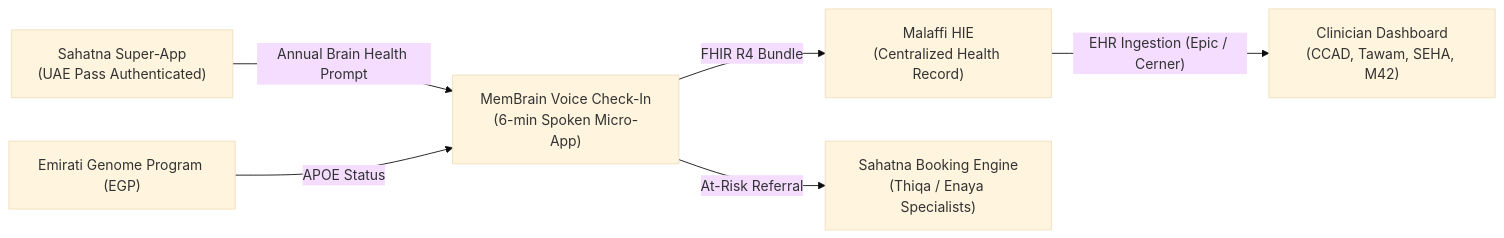
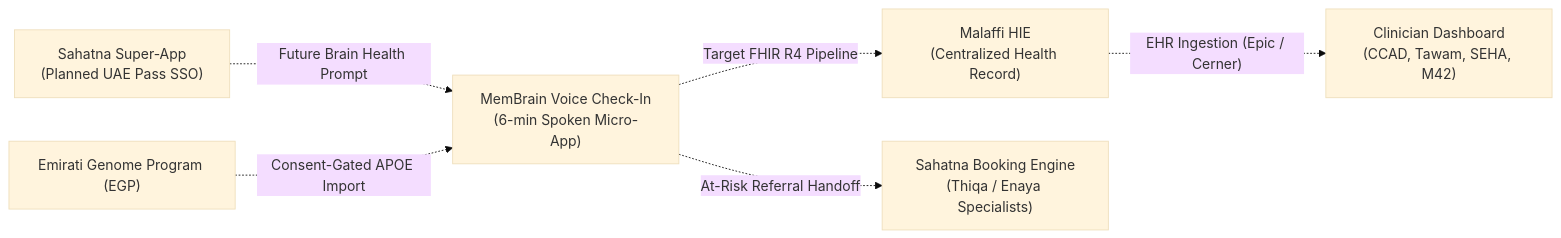
Before and after one commit to teamcerebrospark/membrain: the second of 2 diagrams in README.md, drawn with Mermaid (base theme). The commit also changed other lines of this file, not shown here.

Commit message:
docs: reframe Sahatna and Malaffi integration as a forward-looking roadmap vision

````diff
--- a/README.md
+++ b/README.md
@@ -106,8 +109,8 @@
 ```mermaid
 flowchart LR
-    A["Sahatna Super-App<br>(UAE Pass Authenticated)"] -->|"Annual Brain Health Prompt"| B["MemBrain Voice Check-In<br>(6-min Spoken Micro-App)"]
-    B -->|"FHIR R4 Bundle"| C["Malaffi HIE<br>(Centralized Health Record)"]
-    C -->|"EHR Ingestion (Epic / Cerner)"| D["Clinician Dashboard<br>(CCAD, Tawam, SEHA, M42)"]
-    B -->|"At-Risk Referral"| E["Sahatna Booking Engine<br>(Thiqa / Enaya Specialists)"]
-    F["Emirati Genome Program (EGP)"] -->|"APOE Status"| B
+    A["Sahatna Super-App<br>(Planned UAE Pass SSO)"] -.->|"Future Brain Health Prompt"| B["MemBrain Voice Check-In<br>(6-min Spoken Micro-App)"]
+    B -.->|"Target FHIR R4 Pipeline"| C["Malaffi HIE<br>(Centralized Health Record)"]
+    C -.->|"EHR Ingestion (Epic / Cerner)"| D["Clinician Dashboard<br>(CCAD, Tawam, SEHA, M42)"]
+    B -.->|"At-Risk Referral Handoff"| E["Sahatna Booking Engine<br>(Thiqa / Enaya Specialists)"]
+    F["Emirati Genome Program (EGP)"] -.->|"Consent-Gated APOE Import"| B
 ```
````
